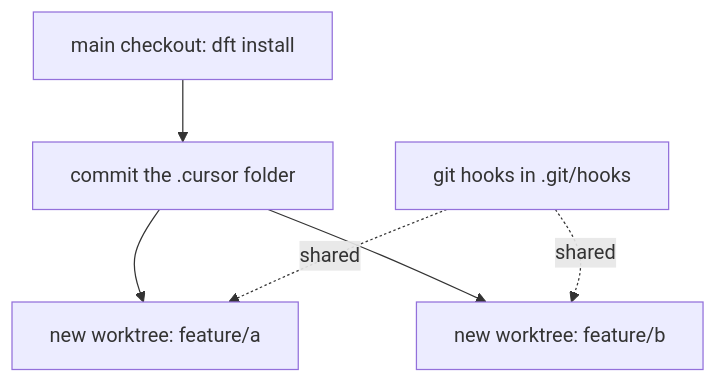
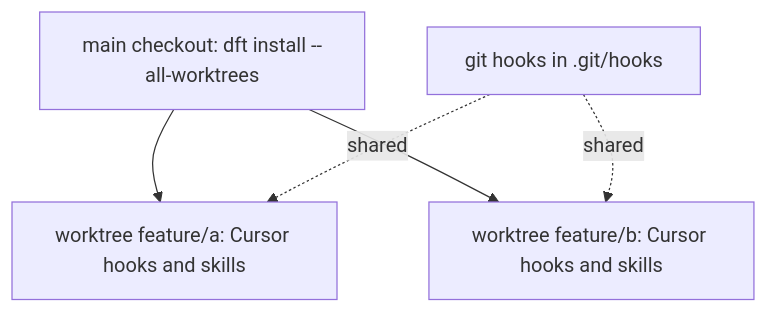
The fifth of 19 diagrams in docs/HOW-IT-WORKS.md (BleedingDev/dx-feature-tracker), drawn with Mermaid before and after one commit. The commit also changed other lines of this file and 3 other files, not shown here.

````diff
--- a/docs/HOW-IT-WORKS.md
+++ b/docs/HOW-IT-WORKS.md
@@ -184,8 +207,7 @@
 ```mermaid
 flowchart TD
-    M["main checkout: dft install"] --> C["commit the .cursor folder"]
-    C --> W1["new worktree: feature/a"]
-    C --> W2["new worktree: feature/b"]
+    M["main checkout: dft install --all-worktrees"] --> W1["worktree feature/a: Cursor hooks and skills"]
+    M --> W2["worktree feature/b: Cursor hooks and skills"]
     G["git hooks in .git/hooks"] -.->|shared| W1
     G -.->|shared| W2
 ```
````
